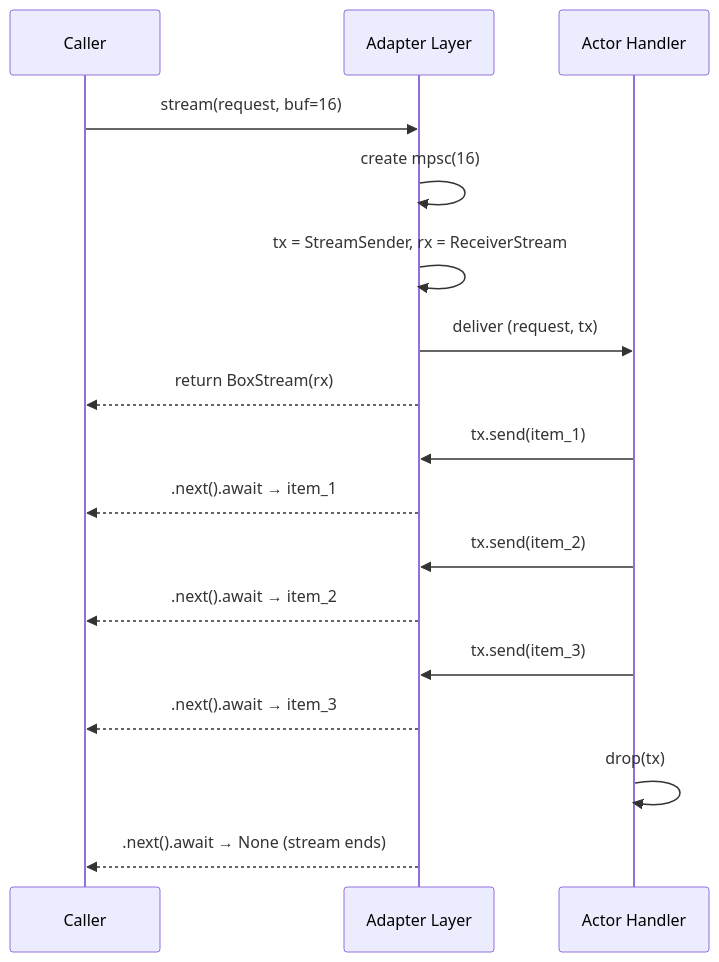
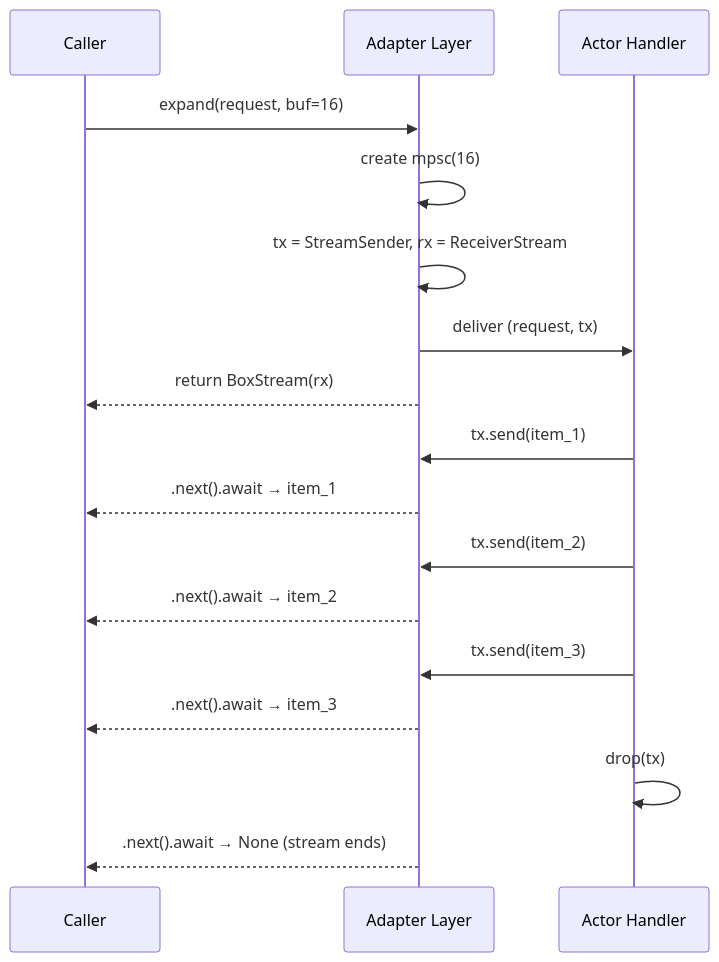
Before and after one commit to Yaming-Hub/dactor: the sixth of 43 diagrams in docs/design-v0.2.md, drawn with Mermaid. The commit also changed other lines of this file and 33 other files, not shown here.

First line of the commit message:
Rename streaming APIs: stream->expand, feed->reduce + cluster docs (#91)

````diff
--- a/docs/design-v0.2.md
+++ b/docs/design-v0.2.md
@@ -1362,21 +1362,21 @@
 ```mermaid
 sequenceDiagram
     participant C as Caller
     participant A as Adapter Layer
     participant H as Actor Handler
 
-    C->>A: stream(request, buf=16)
+    C->>A: expand(request, buf=16)
     A->>A: create mpsc(16)
     A->>A: tx = StreamSender, rx = ReceiverStream
     A->>H: deliver (request, tx)
     A-->>C: return BoxStream(rx)
 
     H->>A: tx.send(item_1)
     A-->>C: .next().await → item_1
     H->>A: tx.send(item_2)
     A-->>C: .next().await → item_2
     H->>A: tx.send(item_3)
     A-->>C: .next().await → item_3
     H->>H: drop(tx)
     A-->>C: .next().await → None (stream ends)
 ```
````
